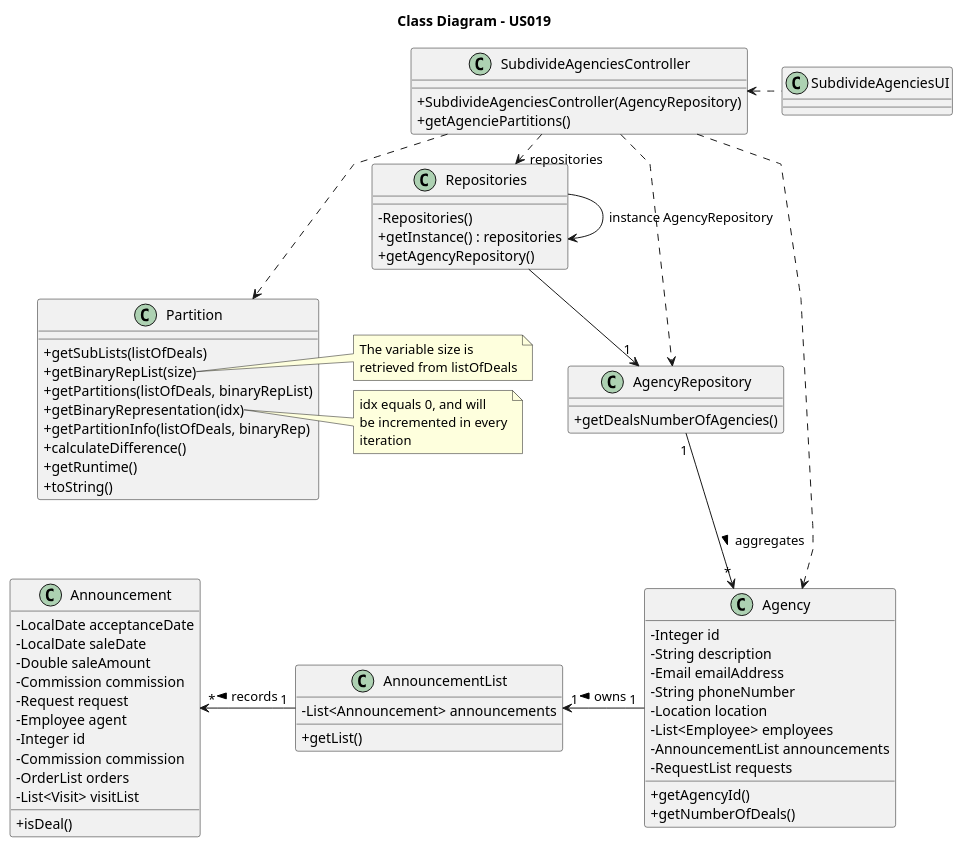
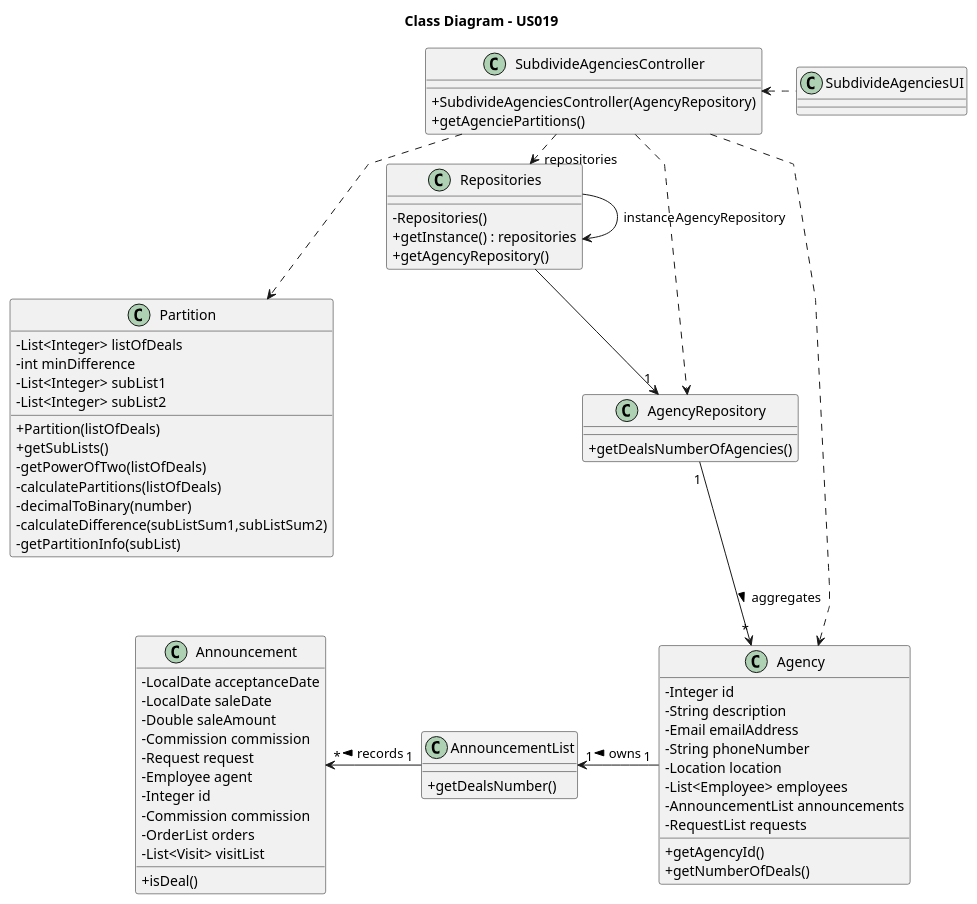
One commit to rita-barbosa/LAPR2-2223 changed the diagram in docs/sprintD/us019/03.design/puml/us019-class-diagram.puml. Above: the diagram before and after it, drawn with PlantUML. The commit also changed 7 other files, not shown here.

Commit message:
Update sequence diagrams & rationale [US019][Design][#05 Task]

```diff
--- a/docs/sprintD/us019/03.design/puml/us019-class-diagram.puml
+++ b/docs/sprintD/us019/03.design/puml/us019-class-diagram.puml
@@ -1,122 +1,125 @@
 @startuml
 'skinparam monochrome true
 skinparam packageStyle rectangle
 skinparam shadowing false
 skinparam linetype polyline
 'skinparam linetype orto
 
 skinparam classAttributeIconSize 0
 
 'left to right direction
 
 title Class Diagram - US019
 
 class Agency {
     - Integer id
     - String description
     - Email emailAddress
     - String phoneNumber
     - Location location
     - List<Employee> employees
     - AnnouncementList announcements
     - RequestList requests
     + getAgencyId()
     + getNumberOfDeals()
 }
 
 class AnnouncementList{
-    - List<Announcement> announcements
-    + getList()
+    + getDealsNumber()
 }
 
 
 class Announcement{
     - LocalDate acceptanceDate
     - LocalDate saleDate
     - Double saleAmount
     - Commission commission
     - Request request
     - Employee agent
     - Integer id
     - Commission commission
     - OrderList orders
     - List<Visit> visitList
     + isDeal()
 }
 
 class Partition {
-    + getSubLists(listOfDeals)
-    + getBinaryRepList(size)
-    + getPartitions(listOfDeals, binaryRepList)
-    + getBinaryRepresentation(idx)
-    + getPartitionInfo(listOfDeals, binaryRep)
-    + calculateDifference()
-    + getRuntime()
-    + toString()
+    - List<Integer> listOfDeals
+    - int minDifference
+    - List<Integer> subList1
+    - List<Integer> subList2
+    + Partition(listOfDeals)
+    + getSubLists()
+    - getPowerOfTwo(listOfDeals)
+    - calculatePartitions(listOfDeals)
+    - decimalToBinary(number)
+    - calculateDifference(subListSum1,subListSum2)
+    - getPartitionInfo(subList)
+
 }
 
 note right of Partition::getBinaryRepList
 The variable size is
 retrieved from listOfDeals
 end note
 
 note right of Partition::getBinaryRepresentation
 idx equals 0, and will
 be incremented in every
 iteration
 end note
 
 'class ListInteger << List<Integer> >>{
 '    + add(agencyId, deals)
 '}
 
 'class ListString << List<String> >>{
 '    + add(sublistString)
 '}
 
 class AgencyRepository {
     + getDealsNumberOfAgencies()
 }
 
 class Repositories {
     - Repositories()
     + getInstance() : repositories
     + getAgencyRepository()
 }
 
 class SubdivideAgenciesController {
     + SubdivideAgenciesController(AgencyRepository)
     + getAgenciePartitions()
 }
 
 class SubdivideAgenciesUI {
 }
 
 Repositories -> Repositories : instance
 
 SubdivideAgenciesUI .left> SubdivideAgenciesController
 
 SubdivideAgenciesController .> Repositories : repositories
 
 SubdivideAgenciesController .down.> Partition
 
 Repositories -> "1" AgencyRepository
 
 SubdivideAgenciesController ..> Agency
 SubdivideAgenciesController ..> AgencyRepository : AgencyRepository
 
 AgencyRepository "1" --> "*" Agency : aggregates >
 
 Agency "1" -left> "1" AnnouncementList : owns >
 
 AnnouncementList "1" -left> "*" Announcement: records >
 
 'AgencyRepository "1" -> "1" ListInteger : creates >
 
 'Partition "1" --> "1" ListString : creates >
 
 
 
 
 
 @enduml
```
